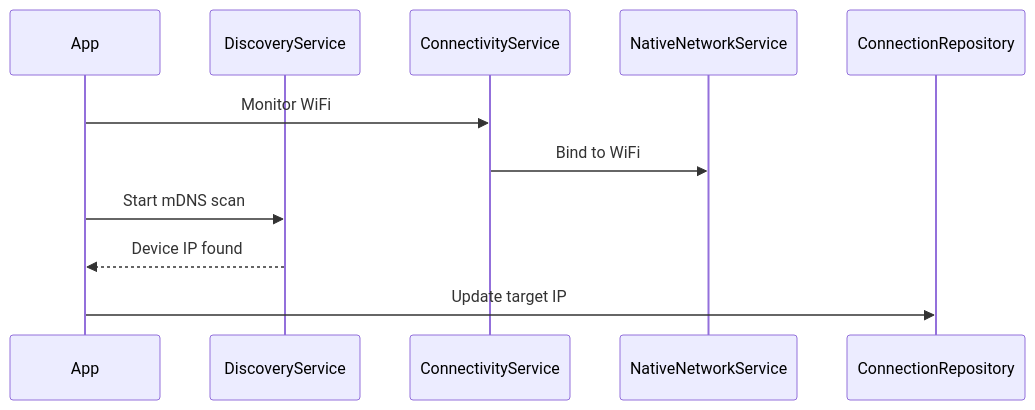
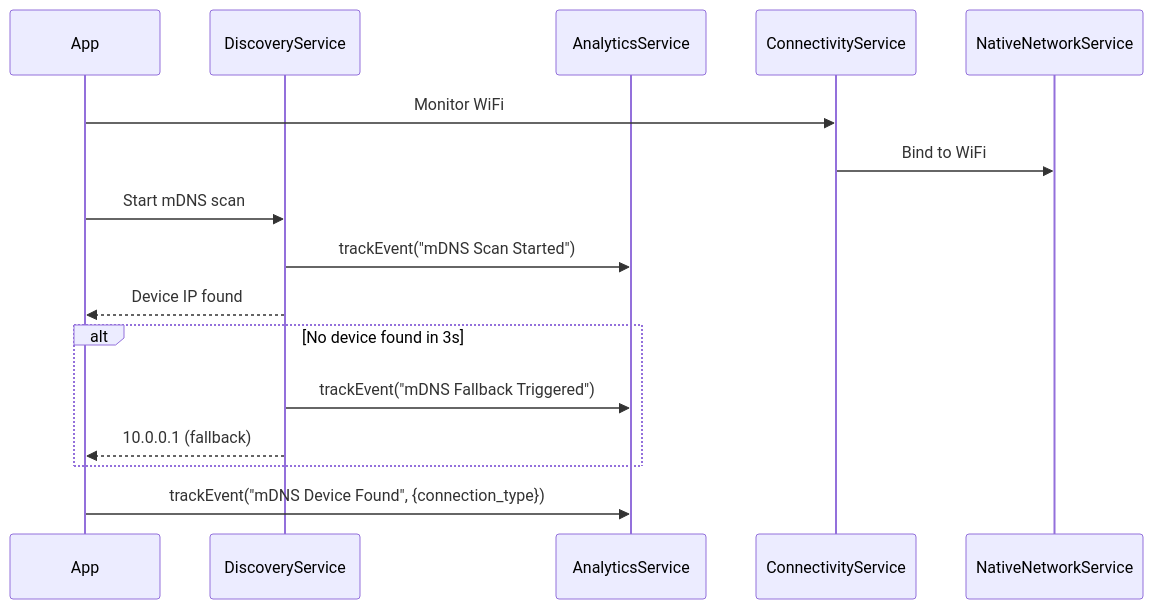
One commit to wbhinton/ELRS-Mobile changed the third of 3 diagrams in .rp1/context/architecture.md. Above: the diagram before and after it, drawn with Mermaid. The commit also changed other lines of this file and 14 other files, not shown here.

Commit message:
feat: Implement native WiFi binding and update documentation to reflect new networking architecture and analytics, alongside adding a screenshot scaling utility.

````diff
--- a/.rp1/context/architecture.md
+++ b/.rp1/context/architecture.md
@@ -150,13 +139,19 @@
 ```mermaid
 sequenceDiagram
     participant App
     participant DiscoveryService
+    participant AnalyticsService
     participant ConnectivityService
     participant NativeNetworkService
     
     App->>ConnectivityService: Monitor WiFi
     ConnectivityService->>NativeNetworkService: Bind to WiFi
     App->>DiscoveryService: Start mDNS scan
+    DiscoveryService->>AnalyticsService: trackEvent("mDNS Scan Started")
     DiscoveryService-->>App: Device IP found
-    App->>ConnectionRepository: Update target IP
+    alt No device found in 3s
+        DiscoveryService->>AnalyticsService: trackEvent("mDNS Fallback Triggered")
+        DiscoveryService-->>App: 10.0.0.1 (fallback)
+    end
+    App->>AnalyticsService: trackEvent("mDNS Device Found", {connection_type})
 ```
````
